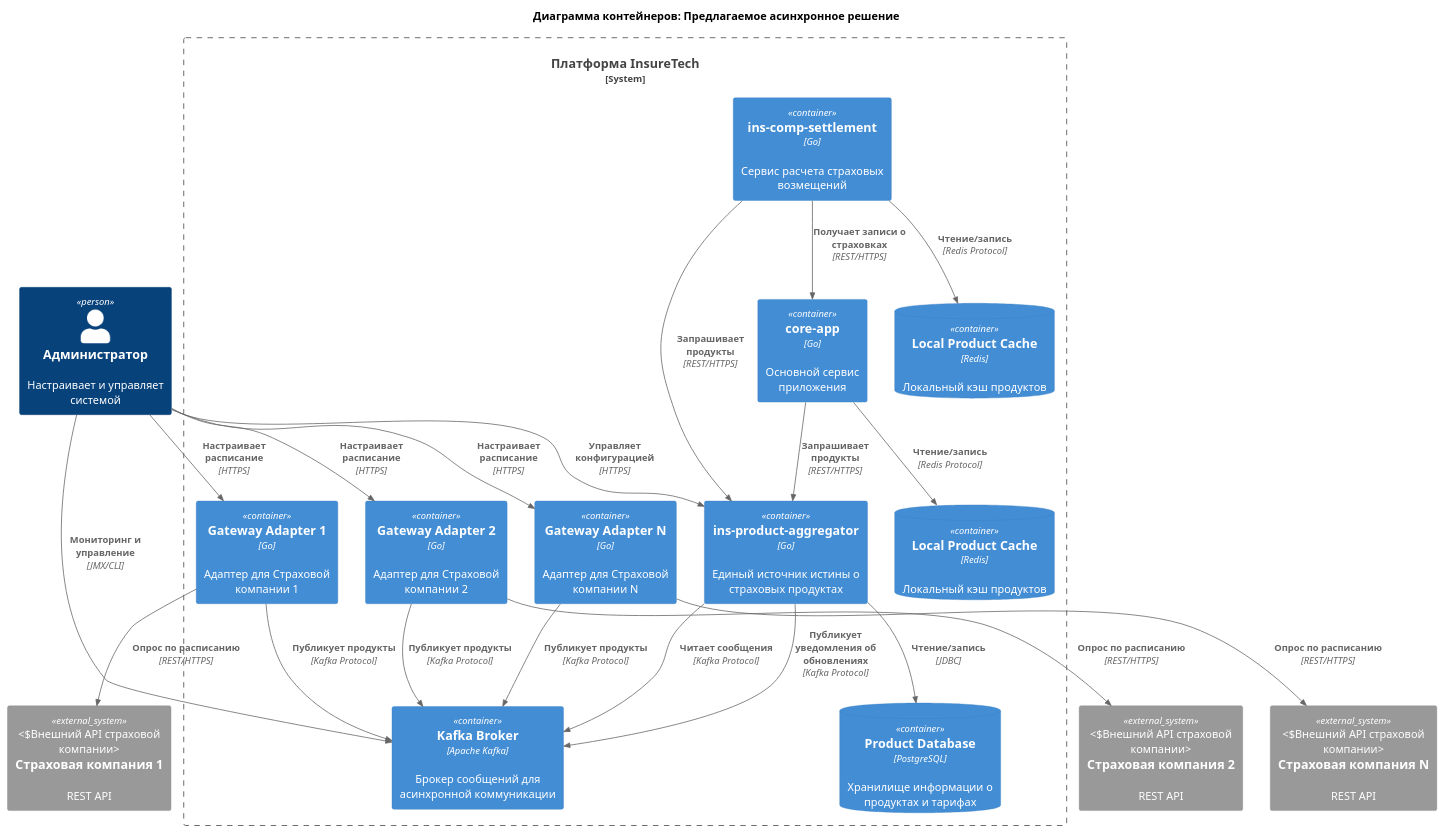
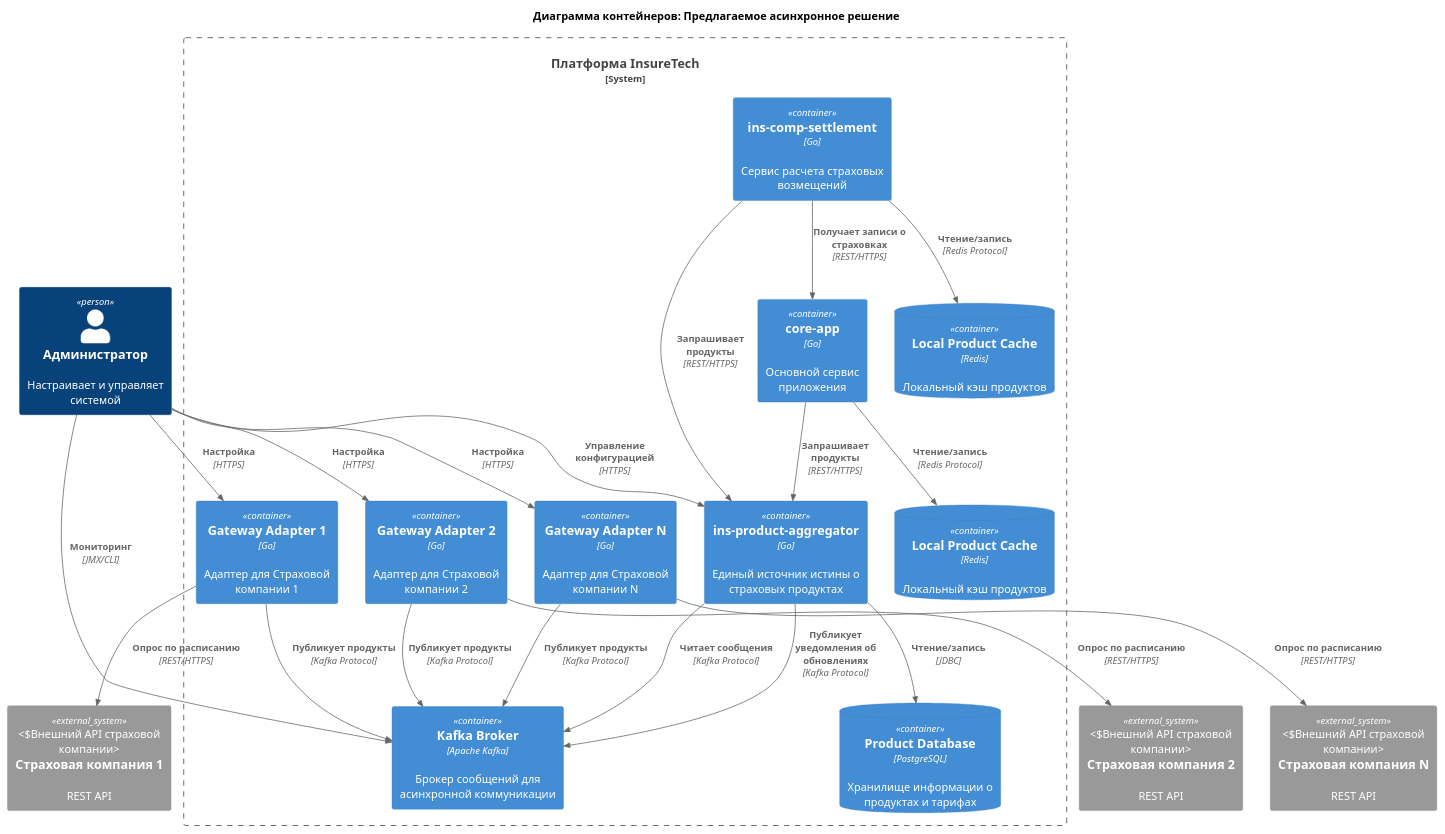
Before and after one commit to rminchakov-ctrl/architecture-insuretech: the diagram in Task3/container.puml, drawn with PlantUML. The commit also changed 7 other files, not shown here.

```diff
--- a/Task3/container.puml
+++ b/Task3/container.puml
@@ -1,56 +1,56 @@
-@startuml Container
+@startuml Предлагаемое асинхронное решение
 !include https://raw.githubusercontent.com/plantuml-stdlib/C4-PlantUML/master/C4_Container.puml
 
 title Диаграмма контейнеров: Предлагаемое асинхронное решение
 
 Person(admin, "Администратор", "Настраивает и управляет системой")
 
 System_Boundary(platform, "Платформа InsureTech") {
+    Container(core_app, "core-app", "Go", "Основной сервис приложения")
+    ContainerDb(core_cache, "Local Product Cache", "Redis", "Локальный кэш продуктов")
+
     Container(aggregator, "ins-product-aggregator", "Go", "Единый источник истины о страховых продуктах")
     ContainerDb(aggregator_db, "Product Database", "PostgreSQL", "Хранилище информации о продуктах и тарифах")
-    
-    Container(core_app, "core-app", "Go", "Основной сервис приложения")
-    ContainerDb(core_cache, "Local Product Cache", "Redis", "Локальный кэш продуктов")
     
     Container(settlement, "ins-comp-settlement", "Go", "Сервис расчета страховых возмещений")
     ContainerDb(settle_cache, "Local Product Cache", "Redis", "Локальный кэш продуктов")
     
     Container(kafka, "Kafka Broker", "Apache Kafka", "Брокер сообщений для асинхронной коммуникации")
     
     Container(gateway1, "Gateway Adapter 1", "Go", "Адаптер для Страховой компании 1")
     Container(gateway2, "Gateway Adapter 2", "Go", "Адаптер для Страховой компании 2")
     Container(gatewayN, "Gateway Adapter N", "Go", "Адаптер для Страховой компании N")
 }
 
 System_Ext(insurance1, "Страховая компания 1", "REST API", "Внешний API страховой компании")
 System_Ext(insurance2, "Страховая компания 2", "REST API", "Внешний API страховой компании")
 System_Ext(insuranceN, "Страховая компания N", "REST API", "Внешний API страховой компании")
 
 Rel(gateway1, insurance1, "Опрос по расписанию", "REST/HTTPS")
 Rel(gateway2, insurance2, "Опрос по расписанию", "REST/HTTPS")
 Rel(gatewayN, insuranceN, "Опрос по расписанию", "REST/HTTPS")
 
 Rel(gateway1, kafka, "Публикует продукты", "Kafka Protocol")
 Rel(gateway2, kafka, "Публикует продукты", "Kafka Protocol")
 Rel(gatewayN, kafka, "Публикует продукты", "Kafka Protocol")
 
 Rel(aggregator, kafka, "Читает сообщения", "Kafka Protocol")
 Rel(aggregator, aggregator_db, "Чтение/запись", "JDBC")
 
 Rel(core_app, aggregator, "Запрашивает продукты", "REST/HTTPS")
 Rel(settlement, aggregator, "Запрашивает продукты", "REST/HTTPS")
 
 Rel(core_app, core_cache, "Чтение/запись", "Redis Protocol")
 Rel(settlement, settle_cache, "Чтение/запись", "Redis Protocol")
 
 Rel(settlement, core_app, "Получает записи о страховках", "REST/HTTPS")
 
-Rel(admin, aggregator, "Управляет конфигурацией", "HTTPS")
-Rel(admin, kafka, "Мониторинг и управление", "JMX/CLI")
-Rel(admin, gateway1, "Настраивает расписание", "HTTPS")
-Rel(admin, gateway2, "Настраивает расписание", "HTTPS")
-Rel(admin, gatewayN, "Настраивает расписание", "HTTPS")
+Rel(admin, aggregator, "Управление конфигурацией", "HTTPS")
+Rel(admin, kafka, "Мониторинг", "JMX/CLI")
+Rel(admin, gateway1, "Настройка", "HTTPS")
+Rel(admin, gateway2, "Настройка", "HTTPS")
+Rel(admin, gatewayN, "Настройка", "HTTPS")
 
 Rel(aggregator, kafka, "Публикует уведомления об обновлениях", "Kafka Protocol")
 
 @enduml
```
